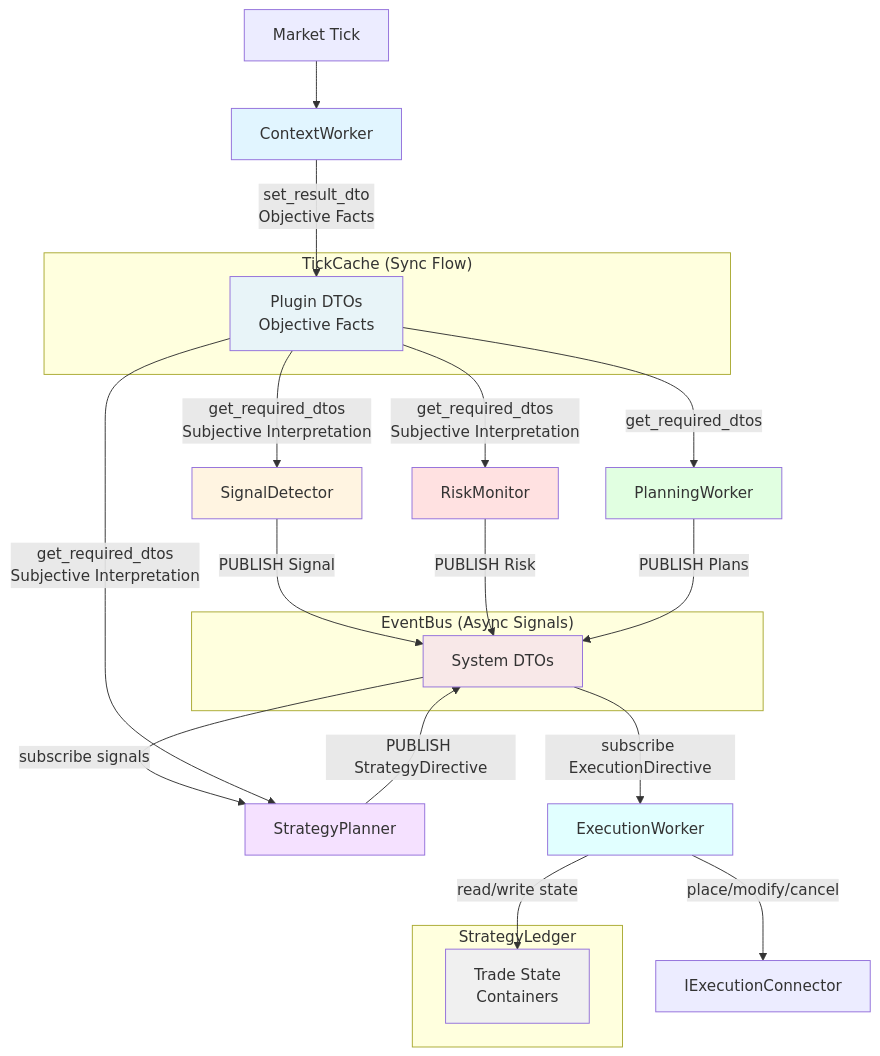
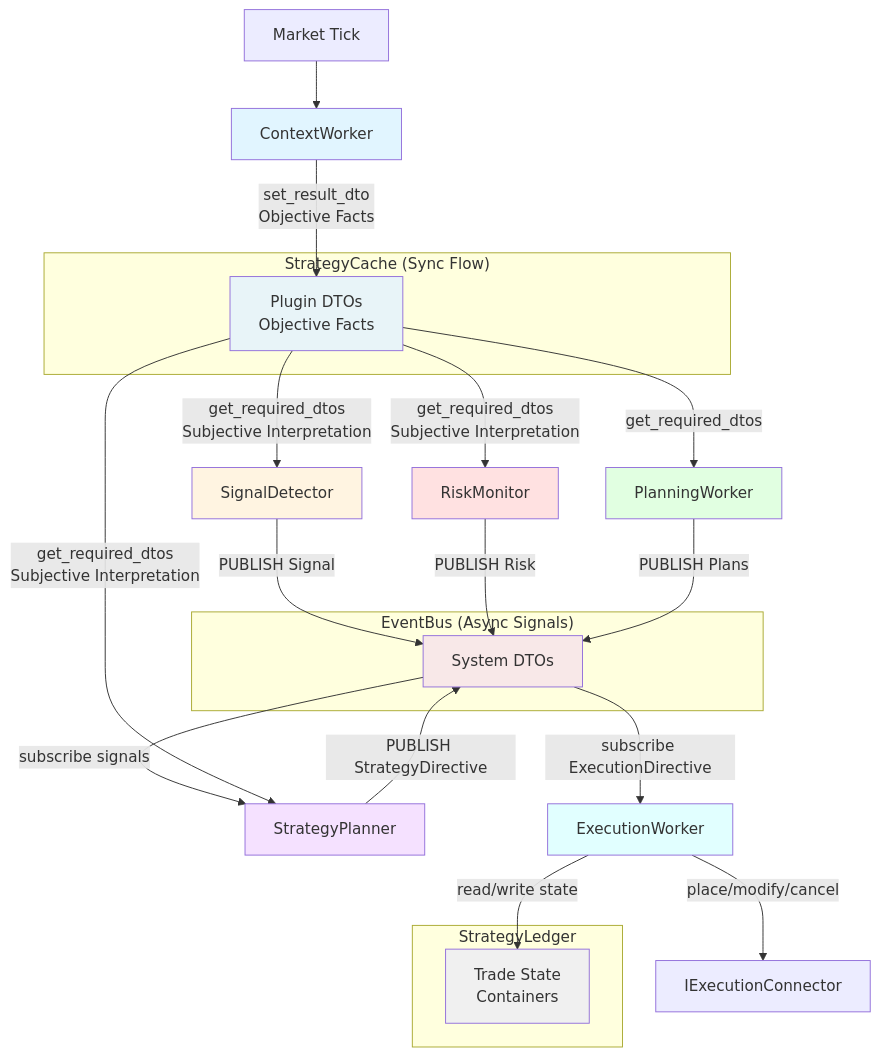
The diagram in docs/architecture/WORKER_TAXONOMY.md (MikeyVK/S1mpleTraderV3), drawn with Mermaid before and after one commit. The commit also changed other lines of this file and 1 other file, not shown here.

First line of the commit message:
docs(architecture): fix TickCache terminology + remove PlanningAggregator

````diff
--- a/docs/architecture/WORKER_TAXONOMY.md
+++ b/docs/architecture/WORKER_TAXONOMY.md
@@ -13,52 +13,52 @@
 ```mermaid
 graph TB
     Tick[Market Tick]
     
-    subgraph TickCache["TickCache (Sync Flow)"]
+    subgraph StrategyCache["StrategyCache (Sync Flow)"]
         TC[Plugin DTOs<br/>Objective Facts]
     end
     
     subgraph EventBus["EventBus (Async Signals)"]
         EB[System DTOs]
     end
     
     subgraph Ledger["StrategyLedger"]
         SL[Trade State<br/>Containers]
     end
     
     CW[ContextWorker]
     OW[SignalDetector]
     TW[RiskMonitor]
     PW[PlanningWorker]
     SP[StrategyPlanner]
     EW[ExecutionWorker]
     
     Tick --> CW
     CW -->|set_result_dto<br/>Objective Facts| TC
     
     TC -->|get_required_dtos<br/>Subjective Interpretation| OW
     TC -->|get_required_dtos<br/>Subjective Interpretation| TW
     TC -->|get_required_dtos| PW
     
     OW -->|PUBLISH Signal| EB
     TW -->|PUBLISH Risk| EB
     PW -->|PUBLISH Plans| EB
     
     EB -->|subscribe signals| SP
     TC -->|get_required_dtos<br/>Subjective Interpretation| SP
     SP -->|PUBLISH StrategyDirective| EB
     
     EB -->|subscribe ExecutionDirective| EW
     EW -->|read/write state| SL
     EW -->|place/modify/cancel| Connector[IExecutionConnector]
     
     style CW fill:#e1f5ff
     style OW fill:#fff4e1
     style TW fill:#ffe1e1
     style PW fill:#e1ffe1
     style SP fill:#f5e1ff
     style EW fill:#e1ffff
     style TC fill:#e8f4f8
     style EB fill:#f8e8e8
     style SL fill:#f0f0f0
 ```
````
